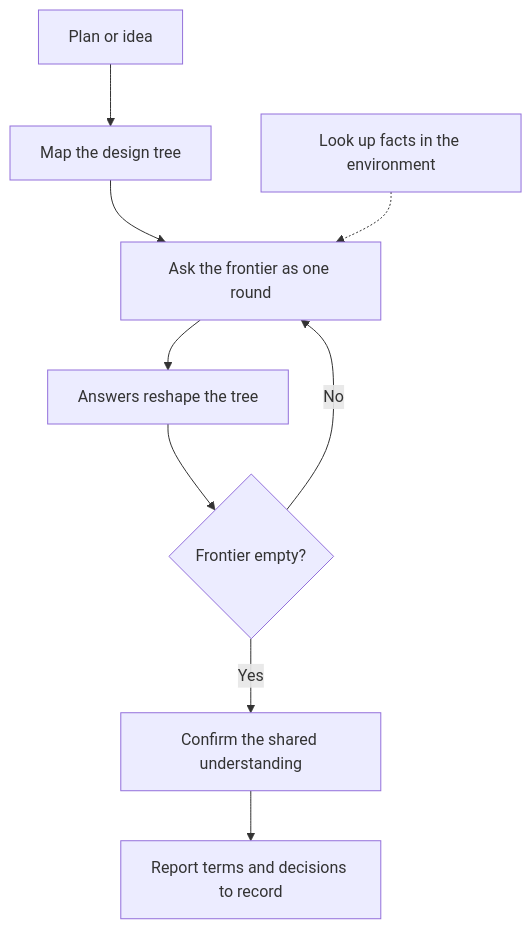
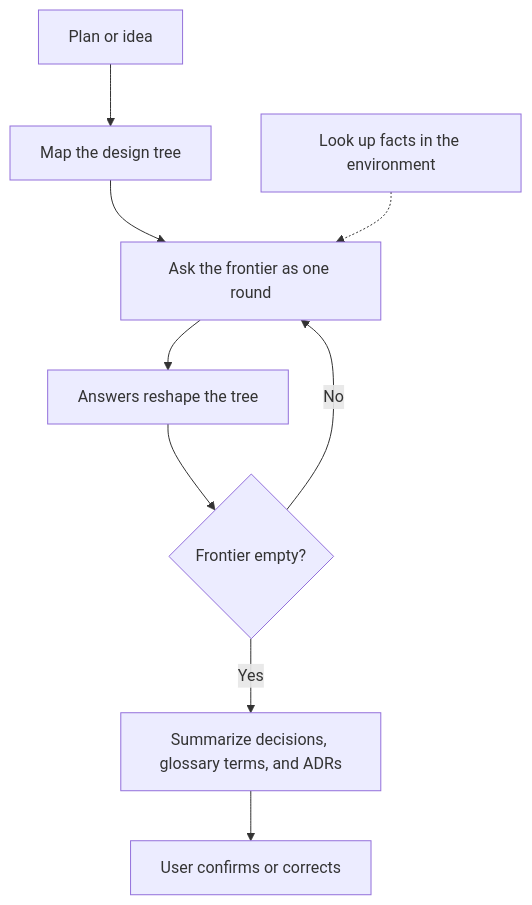
One commit to adeonir/agent-skills changed the diagram in skills/productivity/grill-me/README.md. Above: the diagram before and after it, drawn with Mermaid. The commit also changed other lines of this file and 1 other file, not shown here.

Commit message:
feat(grill-me): close with a session summary instead of a next step

````diff
--- a/skills/productivity/grill-me/README.md
+++ b/skills/productivity/grill-me/README.md
@@ -7,11 +7,11 @@
 ```mermaid
 flowchart TD
     P[Plan or idea] --> T[Map the design tree]
     T --> Q[Ask the frontier as one round]
     L[Look up facts in the environment] -.-> Q
     Q --> A[Answers reshape the tree]
     A --> E{Frontier empty?}
     E -->|No| Q
-    E -->|Yes| C[Confirm the shared understanding]
-    C --> R[Report terms and decisions to record]
+    E -->|Yes| S[Summarize decisions, glossary terms, and ADRs]
+    S --> C[User confirms or corrects]
 ```
````
